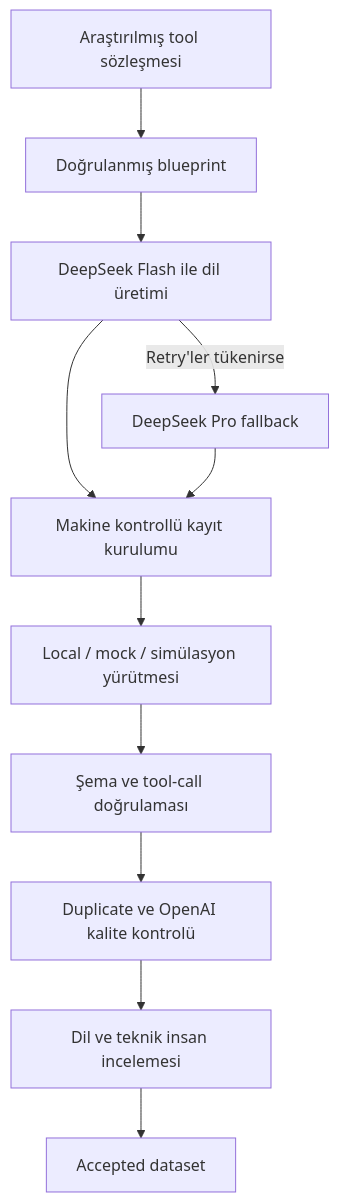
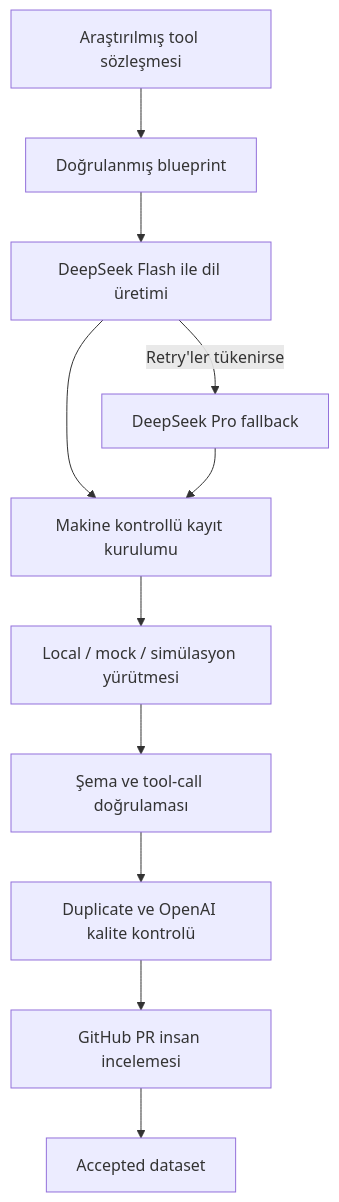
The diagram in README.md (bilalabic/magibu-toolcall), drawn with Mermaid before and after one commit. The commit also changed other lines of this file and 49 other files, not shown here.

Commit message:
refactor: move human review to GitHub pull requests

````diff
--- a/README.md
+++ b/README.md
@@ -50,13 +50,13 @@
 ```mermaid
 flowchart TD
     A["Araştırılmış tool sözleşmesi"] --> B["Doğrulanmış blueprint"]
     B --> C["DeepSeek Flash ile dil üretimi"]
     C -->|"Retry'ler tükenirse"| D["DeepSeek Pro fallback"]
     C --> E["Makine kontrollü kayıt kurulumu"]
     D --> E
     E --> F["Local / mock / simülasyon yürütmesi"]
     F --> G["Şema ve tool-call doğrulaması"]
     G --> H["Duplicate ve OpenAI kalite kontrolü"]
-    H --> I["Dil ve teknik insan incelemesi"]
+    H --> I["GitHub PR insan incelemesi"]
     I --> J["Accepted dataset"]
 ```
````
